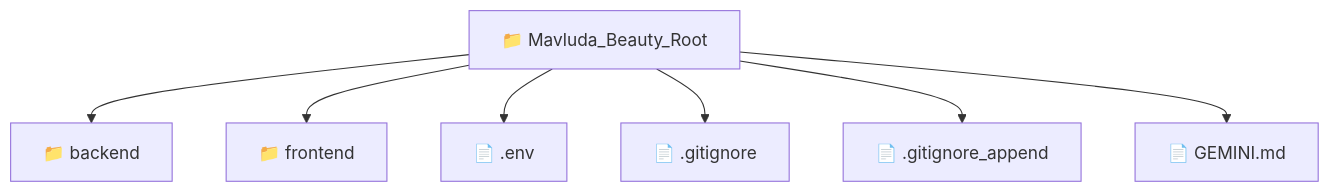
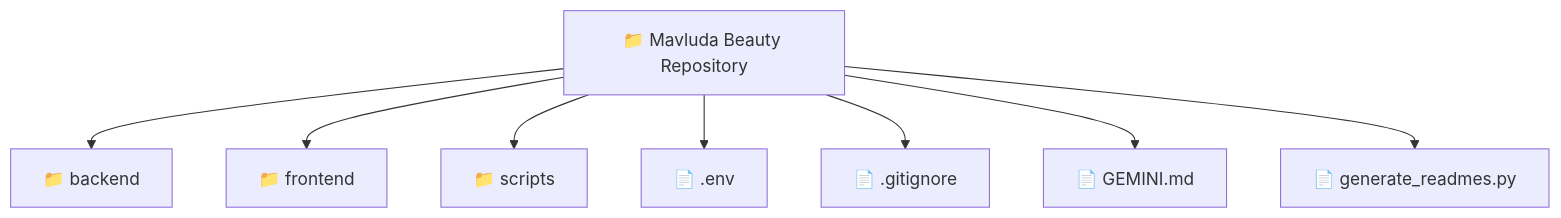
Before and after one commit to beginwebdev2002/fullstack-mavluda: the diagram in README.md, drawn with Mermaid. The commit also changed other lines of this file and 159 other files, not shown here.

First line of the commit message:
docs: recursively generate directory READMEs

````diff
--- a/README.md
+++ b/README.md
@@ -9,10 +9,11 @@
 ```mermaid
 graph TD
-  Mavluda_Beauty_Root["📁 Mavluda_Beauty_Root"]
-  Mavluda_Beauty_Root --> Mavluda_Beauty_Root_backend["📁 backend"]
-  Mavluda_Beauty_Root --> Mavluda_Beauty_Root_frontend["📁 frontend"]
-  Mavluda_Beauty_Root --> Mavluda_Beauty_Root__env["📄 .env"]
-  Mavluda_Beauty_Root --> Mavluda_Beauty_Root__gitignore["📄 .gitignore"]
-  Mavluda_Beauty_Root --> Mavluda_Beauty_Root__gitignore_append["📄 .gitignore_append"]
-  Mavluda_Beauty_Root --> Mavluda_Beauty_Root_GEMINI_md["📄 GEMINI.md"]
+  Root["📁 Mavluda Beauty Repository"]
+  Root --> backend["📁 backend"]
+  Root --> frontend["📁 frontend"]
+  Root --> scripts["📁 scripts"]
+  Root --> _env["📄 .env"]
+  Root --> _gitignore["📄 .gitignore"]
+  Root --> GEMINI_md["📄 GEMINI.md"]
+  Root --> generate_readmes_py["📄 generate_readmes.py"]
 ```
````
